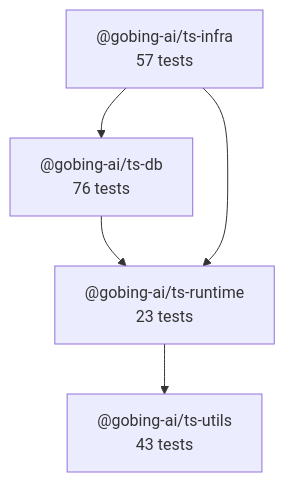
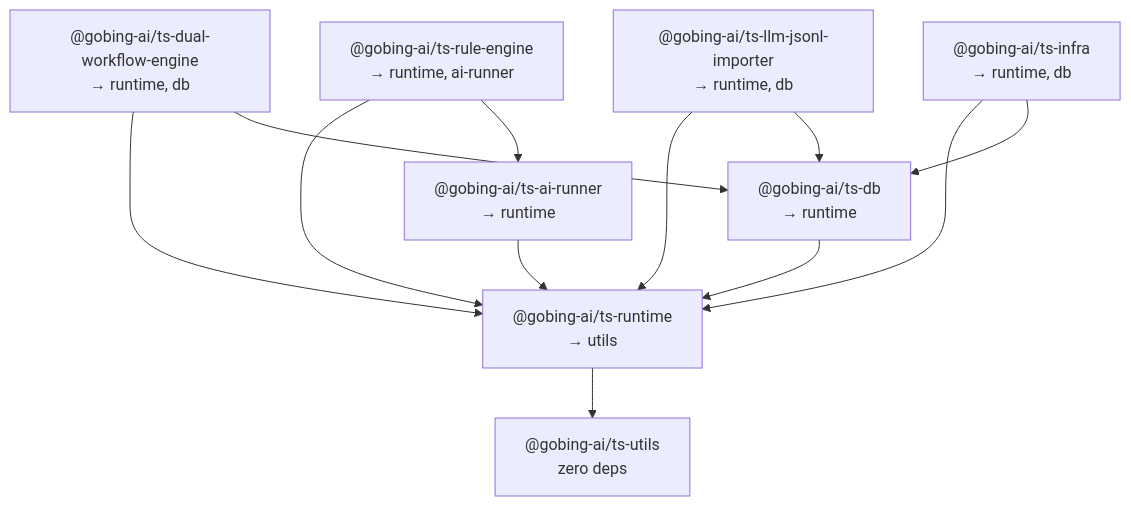
One commit to gobing-ai/ts-libs changed the diagram in README.md. Above: the diagram before and after it, drawn with Mermaid. The commit also changed other lines of this file and 1 other file, not shown here.

````diff
--- a/README.md
+++ b/README.md
@@ -24,12 +24,23 @@
 ```mermaid
 graph TD
-    utils["@gobing-ai/ts-utils<br/>43 tests"]
-    runtime["@gobing-ai/ts-runtime<br/>23 tests"]
-    db["@gobing-ai/ts-db<br/>76 tests"]
-    infra["@gobing-ai/ts-infra<br/>57 tests"]
+    utils["@gobing-ai/ts-utils<br/>zero deps"]
+    runtime["@gobing-ai/ts-runtime<br/>→ utils"]
+    db["@gobing-ai/ts-db<br/>→ runtime"]
+    ai-runner["@gobing-ai/ts-ai-runner<br/>→ runtime"]
+    rule-engine["@gobing-ai/ts-rule-engine<br/>→ runtime, ai-runner"]
+    dual["@gobing-ai/ts-dual-workflow-engine<br/>→ runtime, db"]
+    importer["@gobing-ai/ts-llm-jsonl-importer<br/>→ runtime, db"]
+    infra["@gobing-ai/ts-infra<br/>→ runtime, db"]
 
     runtime --> utils
     db --> runtime
+    ai-runner --> runtime
+    rule-engine --> runtime
+    rule-engine --> ai-runner
+    dual --> runtime
+    dual --> db
+    importer --> runtime
+    importer --> db
     infra --> runtime
     infra --> db
 ```
````
